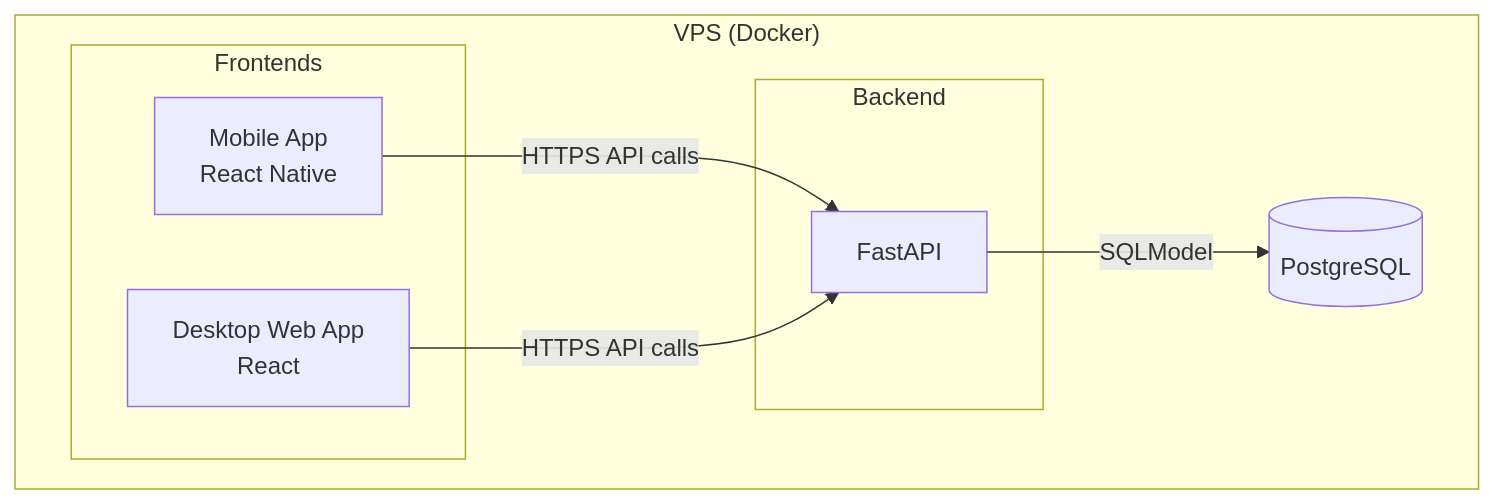
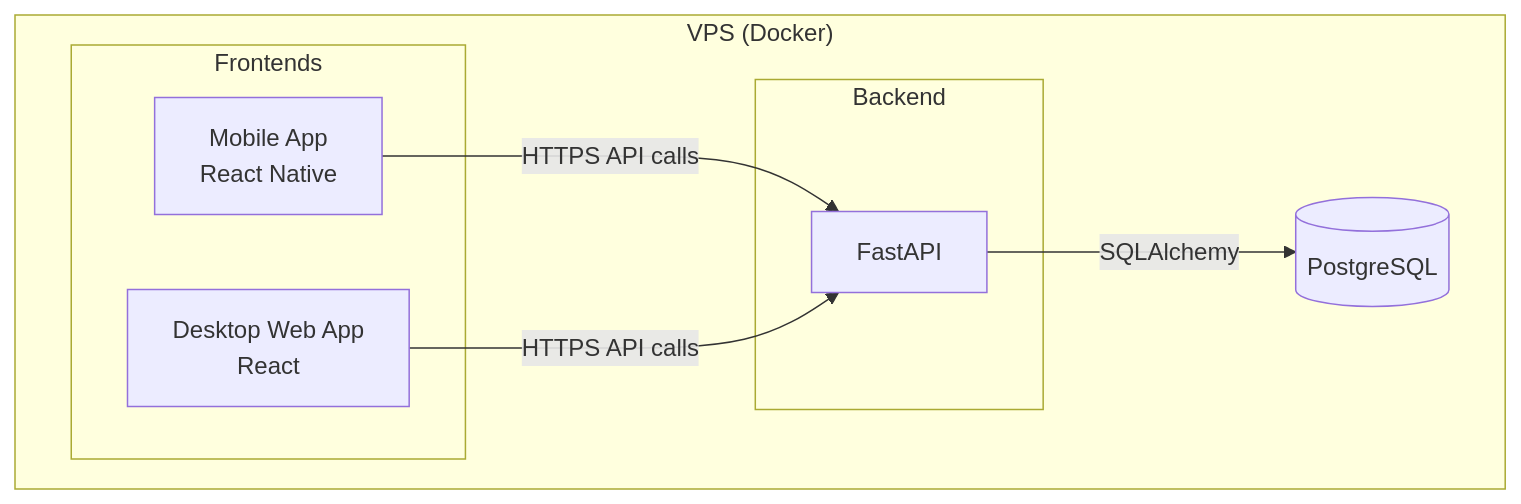
The first of 2 diagrams in Documentation/ARCHITECTURE.md (MatiBukowski/Zastosowania-Informatyki-w-gospodarce-), drawn with Mermaid before and after one commit. The commit also changed other lines of this file and 17 other files, not shown here.

````diff
--- a/Documentation/ARCHITECTURE.md
+++ b/Documentation/ARCHITECTURE.md
@@ -5,19 +5,19 @@
 ```mermaid
 flowchart TB
   subgraph VPS["VPS (Docker)"]
     subgraph FE["Frontends"]
       M["Mobile App<br/>React Native"]
       W["Desktop Web App<br/>React"]
     end
 
     subgraph BE["Backend"]
       API["FastAPI"]
     end
 
     DB[(PostgreSQL)]
   end
 
   M -->|"HTTPS API calls"| API
   W -->|"HTTPS API calls"| API
-  API -->|"SQLModel"| DB
+  API -->|"SQLAlchemy"| DB
 ```
````
